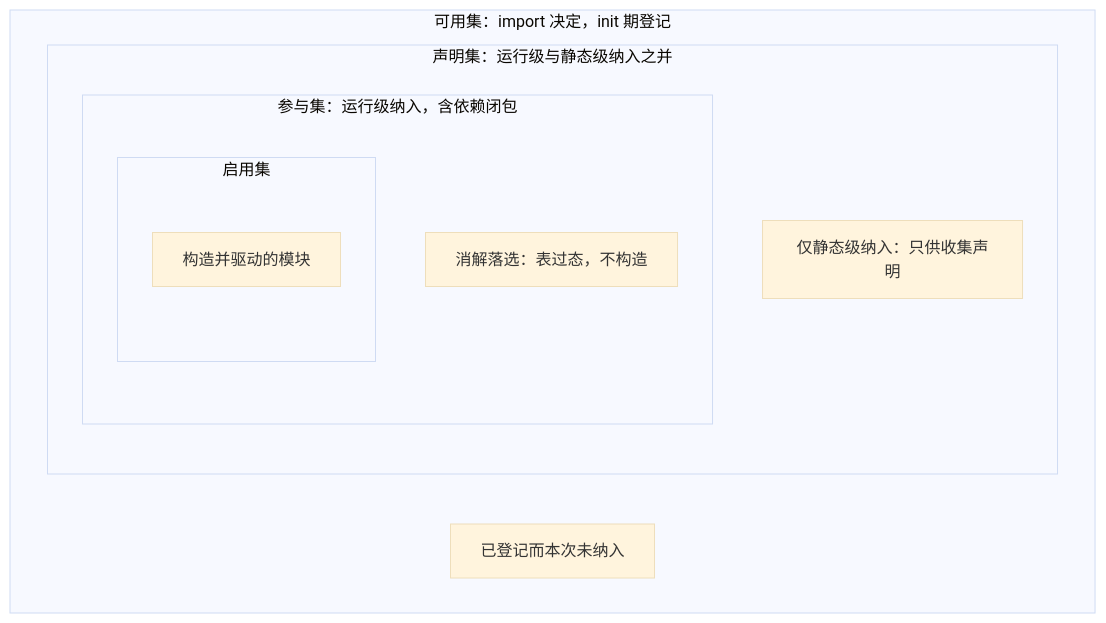
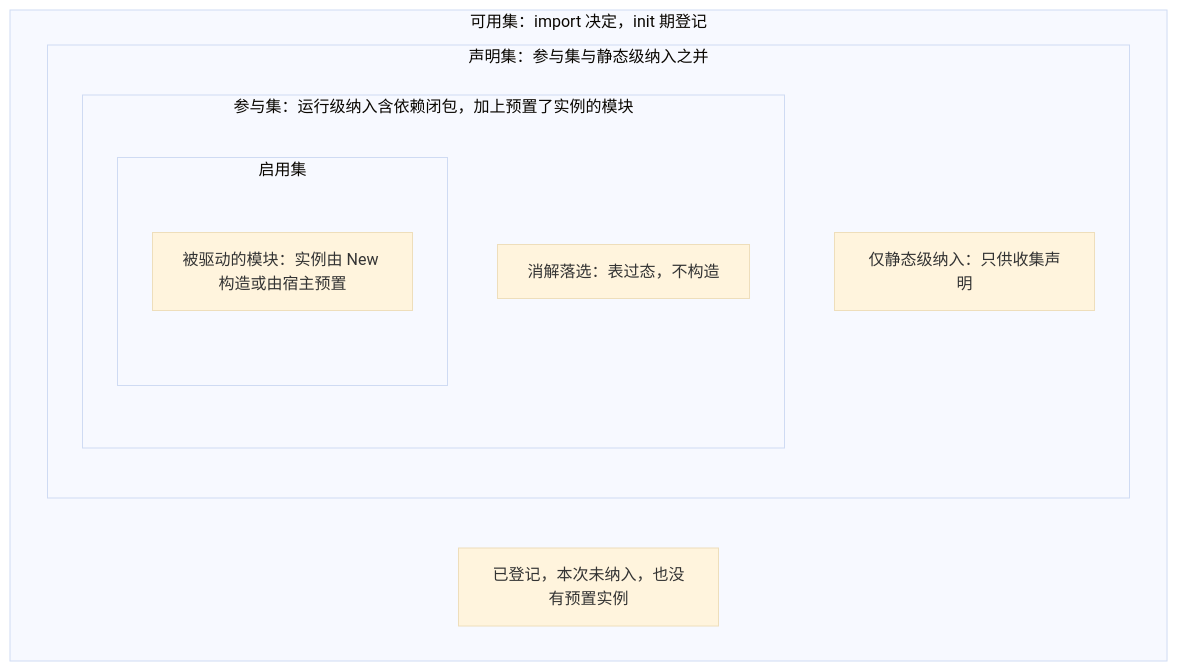
One commit to wangzw/speed changed the first of 6 diagrams in docs/design/modules/design-core.md. Above: the diagram before and after it, drawn with Mermaid (base theme). The commit also changed other lines of this file and 56 other files, not shown here.

````diff
--- a/docs/design/modules/design-core.md
+++ b/docs/design/modules/design-core.md
@@ -35,15 +36,15 @@
 ```mermaid
 flowchart TD
     subgraph Avail["可用集：import 决定，init 期登记"]
-        subgraph Decl["声明集：运行级与静态级纳入之并"]
-            subgraph Part["参与集：运行级纳入，含依赖闭包"]
+        subgraph Decl["声明集：参与集与静态级纳入之并"]
+            subgraph Part["参与集：运行级纳入含依赖闭包，加上预置了实例的模块"]
                 subgraph Enab["启用集"]
-                    Run["构造并驱动的模块"]
+                    Run["被驱动的模块：实例由 New 构造或由宿主预置"]
                 end
                 Lost["消解落选：表过态，不构造"]
             end
             Static["仅静态级纳入：只供收集声明"]
         end
-        Outside["已登记而本次未纳入"]
+        Outside["已登记，本次未纳入，也没有预置实例"]
     end
 ```
````
